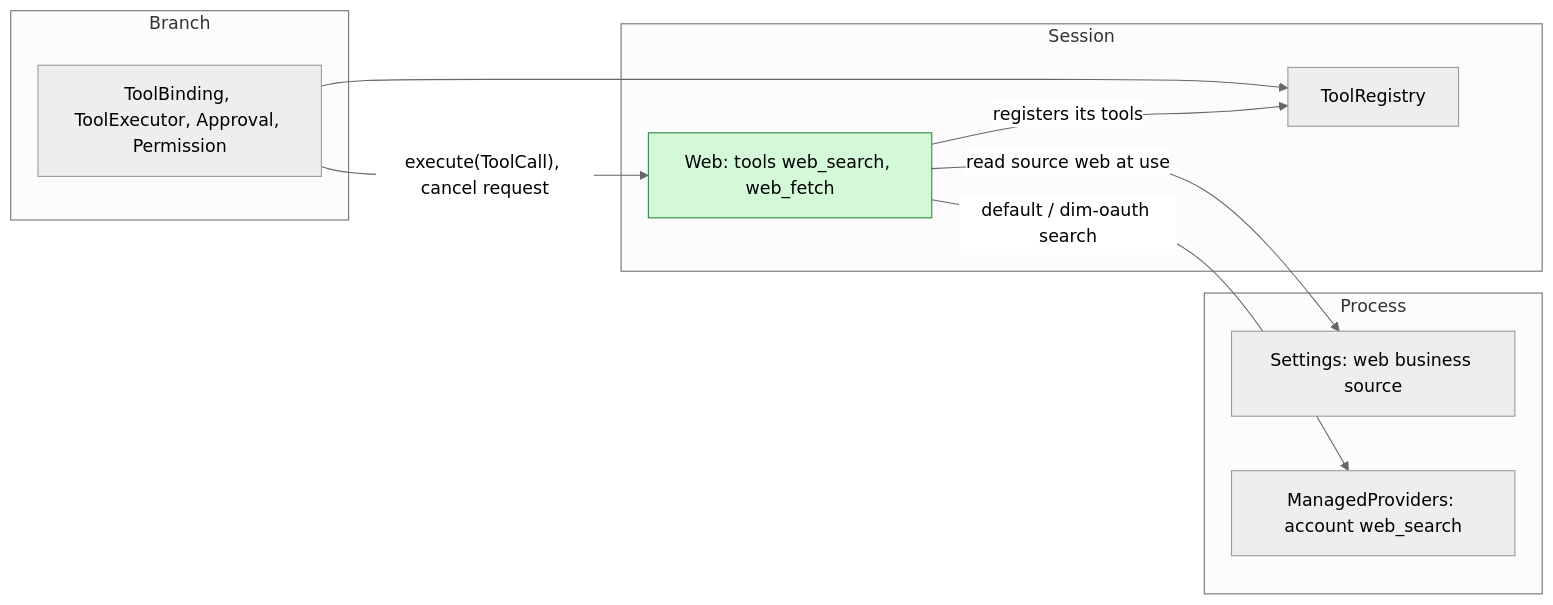
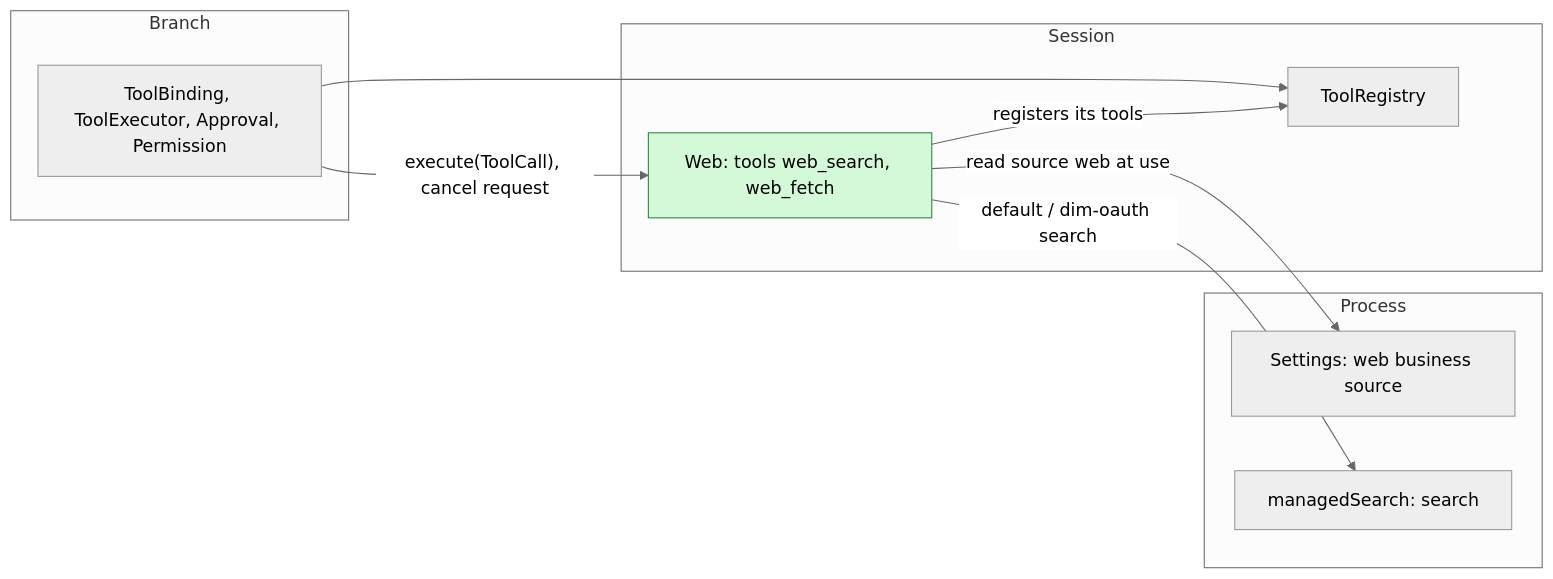
Before and after one commit to CoutinhoTTS/dim-agent: the first of 5 diagrams in docs/design/plugins/Web.md, drawn with Mermaid (neutral theme). The commit also changed other lines of this file and 26 other files, not shown here.

Commit message:
feat(app): expose managed search through one typed data face

````diff
--- a/docs/design/plugins/Web.md
+++ b/docs/design/plugins/Web.md
@@ -9,20 +9,20 @@
 ```mermaid
 flowchart LR
   subgraph PROC["Process"]
     Settings["Settings: web business source"]
-    Managed["ManagedProviders: account web_search"]
+    Managed["managedSearch: search"]
   end
   subgraph SESS["Session"]
     Web["Web: tools web_search, web_fetch"]:::new
     ToolRegistry["ToolRegistry"]
   end
   subgraph BR["Branch"]
     Exec["ToolBinding, ToolExecutor, Approval, Permission"]
   end
   Web -->|"read source web at use"| Settings
   Web -->|"default / dim-oauth search"| Managed
   Web -->|"registers its tools"| ToolRegistry
   Exec --> ToolRegistry
   Exec -->|"execute(ToolCall), cancel request"| Web
   classDef new fill:#d3f9d8,stroke:#2b8a3e,color:#000
 ```
````
